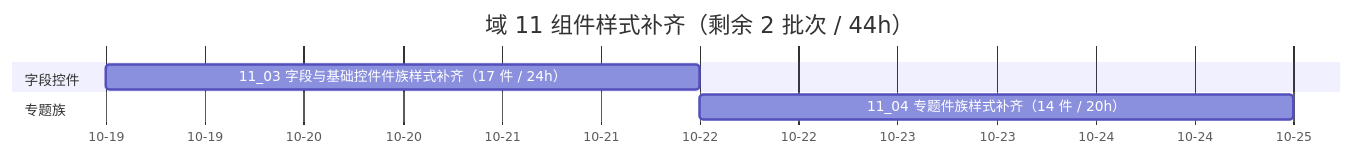
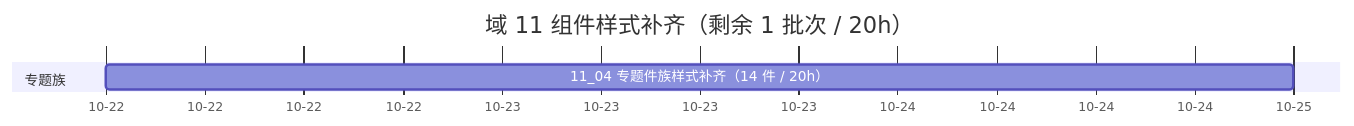
One commit to minjian123/basic-management-system changed the diagram in bms文档/项目/04_前端组件库/计划/01_计划_前端组件库.md. Above: the diagram before and after it, drawn with Mermaid. The commit also changed other lines of this file and 12 other files, not shown here.

First line of the commit message:
docs(组件库): 11-03 字段与基础控件件族样式补齐实施与测试记录（原型对照 23 项 + 5 张截图）+ 计划与任务口径回写

````diff
--- a/bms文档/项目/04_前端组件库/计划/01_计划_前端组件库.md
+++ b/bms文档/项目/04_前端组件库/计划/01_计划_前端组件库.md
@@ -94,10 +94,9 @@
 ```mermaid
 gantt
-    title 域 11 组件样式补齐（剩余 2 批次 / 44h）
+    title 域 11 组件样式补齐（剩余 1 批次 / 20h）
     dateFormat YYYY-MM-DD
     axisFormat %m-%d
     section 字段控件
-    11_03 字段与基础控件件族样式补齐（17 件 / 24h） :a3, 2026-10-19, 3d
     section 专题族
-    11_04 专题件族样式补齐（14 件 / 20h） :a4, after a3, 3d
+    11_04 专题件族样式补齐（14 件 / 20h） :a4, 2026-10-22, 3d
 ```
````
